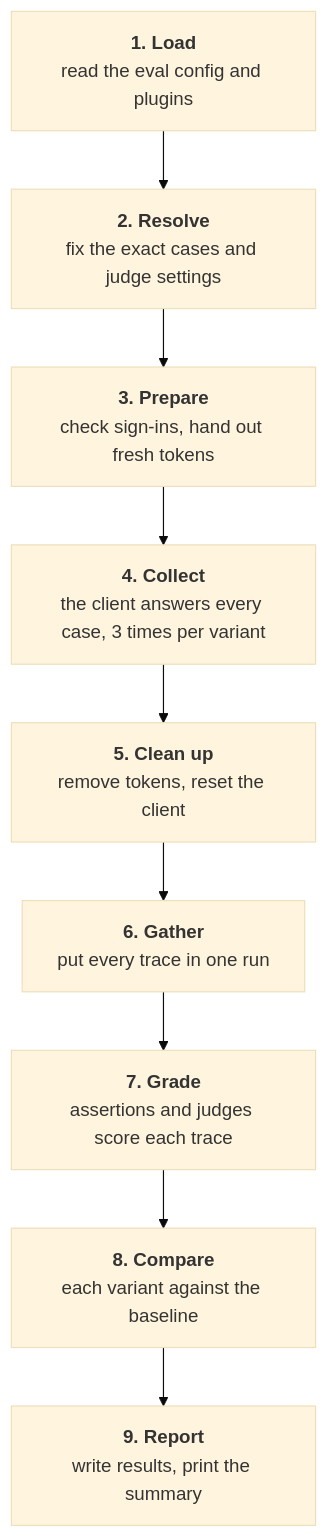
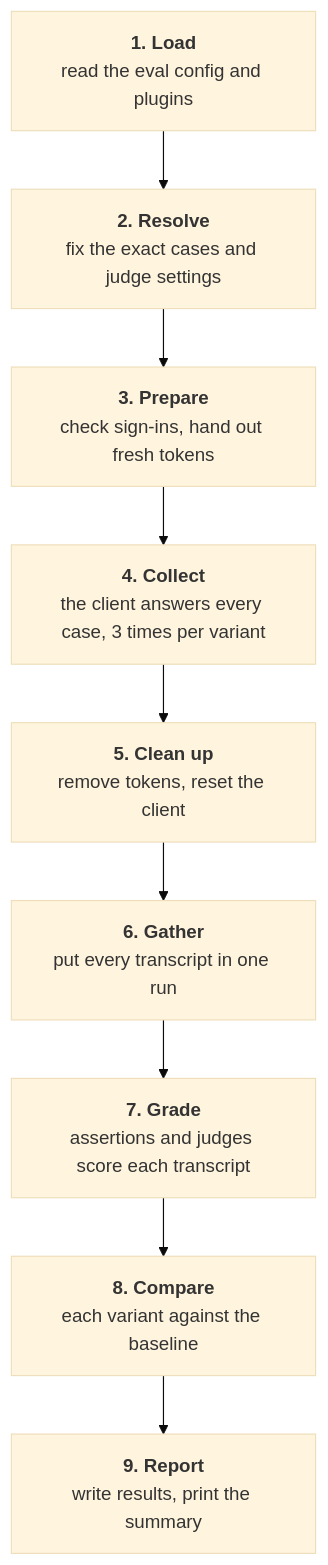
Before and after one commit to gleanwork/mcp-server-tester: the second of 3 diagrams in docs/design/explainer.md, drawn with Mermaid (base theme). The commit also changed other lines of this file and 211 other files, not shown here.

````diff
--- a/docs/design/explainer.md
+++ b/docs/design/explainer.md
@@ -112,13 +112,13 @@
 ```mermaid
 flowchart TD
   s1["<b>1. Load</b><br/>read the eval config and plugins"]
   s2["<b>2. Resolve</b><br/>fix the exact cases and judge settings"]
   s3["<b>3. Prepare</b><br/>check sign-ins, hand out fresh tokens"]
   s4["<b>4. Collect</b><br/>the client answers every case, 3 times per variant"]
   s5["<b>5. Clean up</b><br/>remove tokens, reset the client"]
-  s6["<b>6. Gather</b><br/>put every trace in one run"]
-  s7["<b>7. Grade</b><br/>assertions and judges score each trace"]
+  s6["<b>6. Gather</b><br/>put every transcript in one run"]
+  s7["<b>7. Grade</b><br/>assertions and judges score each transcript"]
   s8["<b>8. Compare</b><br/>each variant against the baseline"]
   s9["<b>9. Report</b><br/>write results, print the summary"]
   s1 --> s2 --> s3 --> s4 --> s5 --> s6 --> s7 --> s8 --> s9
 ```
````
